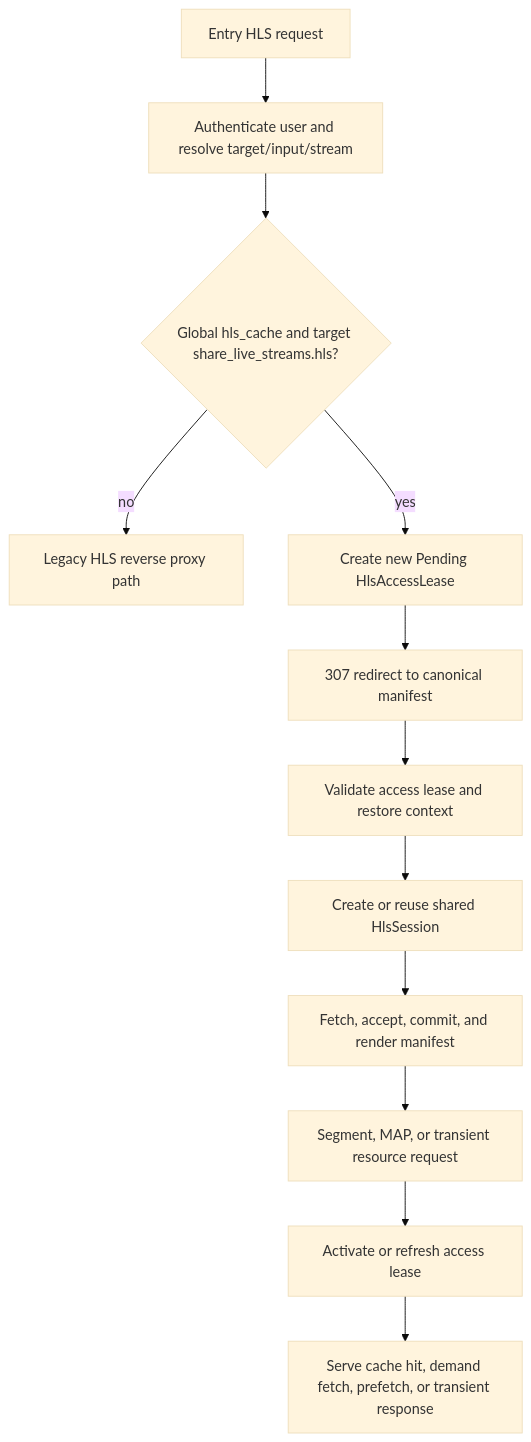
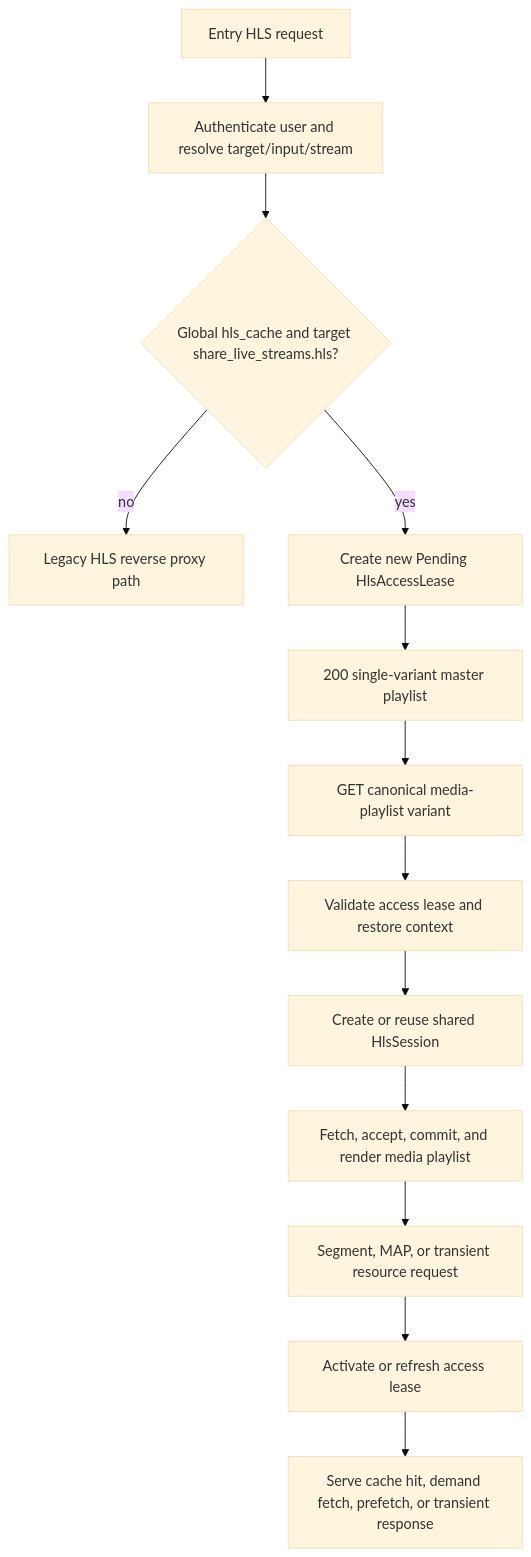
The first of 4 diagrams in docs/src/configuration/hls-cache-state-machine.md (euzu/tuliprox), drawn with Mermaid (base theme) before and after one commit. The commit also changed other lines of this file and 93 other files, not shown here.

Commit message:
feat: add shared HLS master playlists and recovery

````diff
--- a/docs/src/configuration/hls-cache-state-machine.md
+++ b/docs/src/configuration/hls-cache-state-machine.md
@@ -56,14 +56,15 @@
 ```mermaid
 flowchart TD
     A["Entry HLS request"] --> B["Authenticate user and resolve target/input/stream"]
     B --> C{"Global hls_cache and target share_live_streams.hls?"}
     C -->|no| D["Legacy HLS reverse proxy path"]
     C -->|yes| E["Create new Pending HlsAccessLease"]
-    E --> F["307 redirect to canonical manifest"]
-    F --> G["Validate access lease and restore context"]
-    G --> H["Create or reuse shared HlsSession"]
-    H --> I["Fetch, accept, commit, and render manifest"]
-    I --> J["Segment, MAP, or transient resource request"]
-    J --> K["Activate or refresh access lease"]
-    K --> L["Serve cache hit, demand fetch, prefetch, or transient response"]
+    E --> F["200 single-variant master playlist"]
+    F --> G["GET canonical media-playlist variant"]
+    G --> H["Validate access lease and restore context"]
+    H --> I["Create or reuse shared HlsSession"]
+    I --> J["Fetch, accept, commit, and render media playlist"]
+    J --> K["Segment, MAP, or transient resource request"]
+    K --> L["Activate or refresh access lease"]
+    L --> M["Serve cache hit, demand fetch, prefetch, or transient response"]
 ```
````
